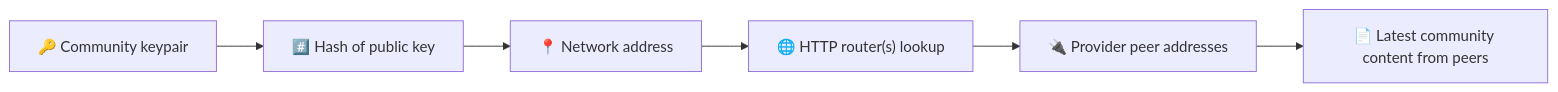
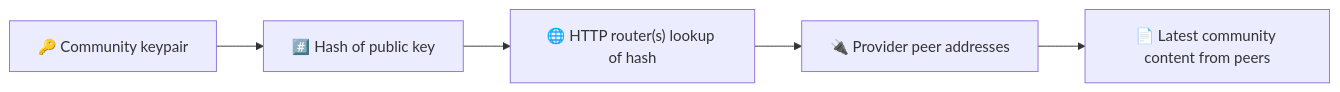
Before and after one commit to bitsocialnet/bitsocial-web: the first of 5 diagrams in docs/peer-to-peer-protocol.md, drawn with Mermaid.

Commit message:
Clarify HTTP router lookup in protocol diagram

````diff
--- a/docs/peer-to-peer-protocol.md
+++ b/docs/peer-to-peer-protocol.md
@@ -31,8 +31,7 @@
 ```mermaid
 graph LR
     K["🔑 Community keypair"] --> H["#️⃣ Hash of public key"]
-    H --> A["📍 Network address"]
-    A --> D["🌐 HTTP router(s) lookup"]
+    H --> D["🌐 HTTP router(s) lookup of hash"]
     D --> P["🔌 Provider peer addresses"]
     P --> C["📄 Latest community content from peers"]
 ```
````
